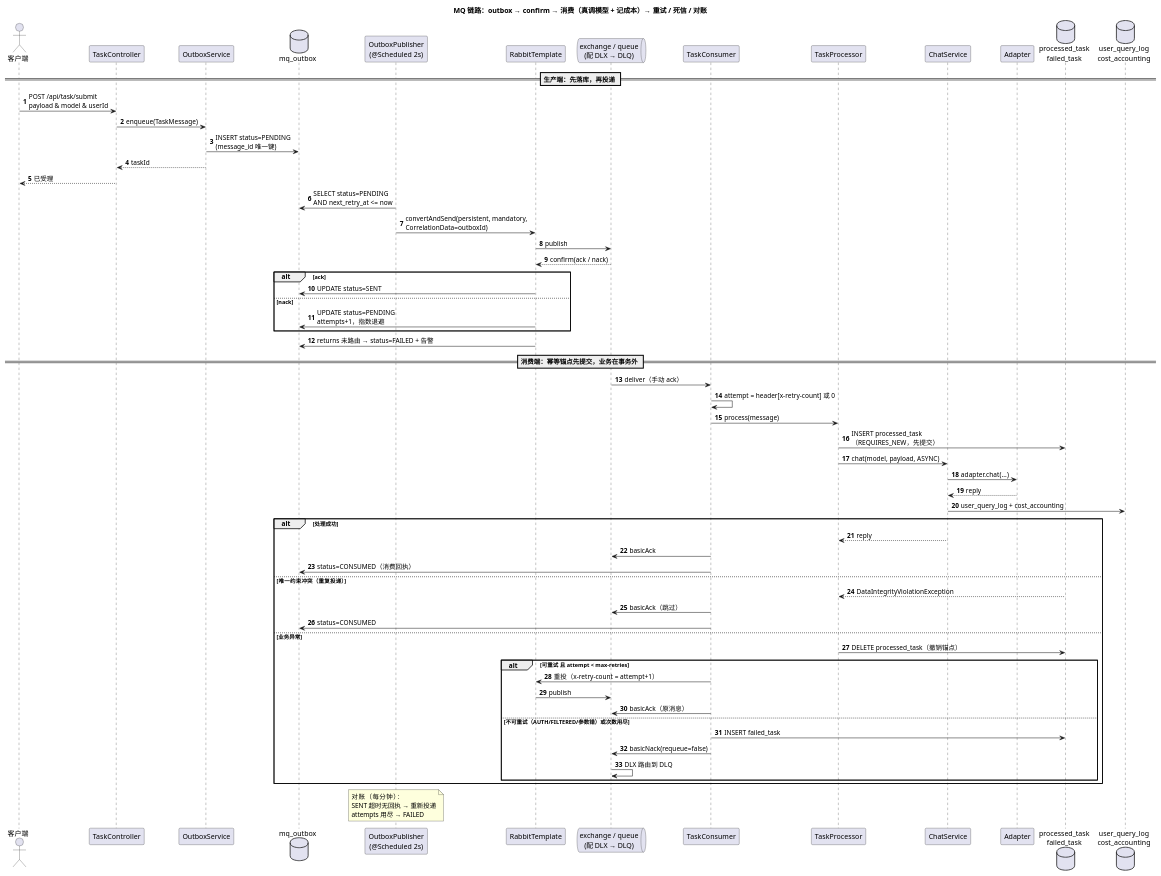
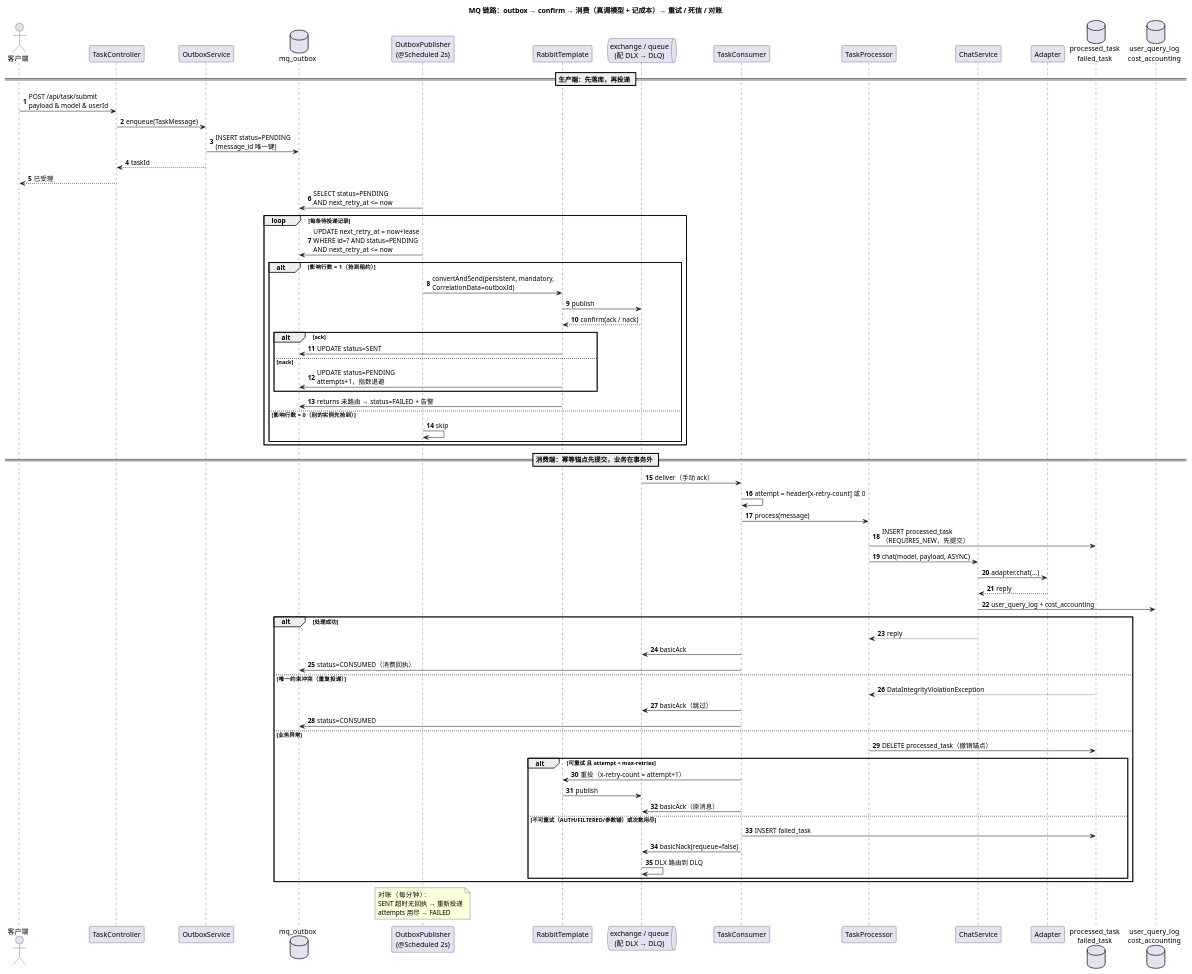
Before and after one commit to qkainan/maibao-technology-application: the diagram in docs/diagrams/mq-sequence.puml, drawn with PlantUML. The commit also changed 8 other files, not shown here.

First line of the commit message:
feat(outbox): 发送前用 next_retry_at 做租约 CAS 抢占

```diff
--- a/docs/diagrams/mq-sequence.puml
+++ b/docs/diagrams/mq-sequence.puml
@@ -1,73 +1,80 @@
 @startuml mq-sequence
 title MQ 链路：outbox → confirm → 消费（真调模型 + 记成本）→ 重试 / 死信 / 对账
 skinparam defaultFontName "Microsoft YaHei"
 skinparam shadowing false
 skinparam sequenceMessageAlign left
 skinparam responseMessageBelowArrow true
 autonumber
 
 actor 客户端
 participant "TaskController" as TC
 participant "OutboxService" as OS
 database "mq_outbox" as OB
 participant "OutboxPublisher\n(@Scheduled 2s)" as OP
 participant "RabbitTemplate" as RT
 queue "exchange / queue\n(配 DLX → DLQ)" as MQ
 participant "TaskConsumer" as CS
 participant "TaskProcessor" as TP
 participant "ChatService" as CHAT
 participant "Adapter" as AD
 database "processed_task\nfailed_task" as DB
 database "user_query_log\ncost_accounting" as USAGE
 
 == 生产端：先落库，再投递 ==
 客户端 -> TC : POST /api/task/submit\npayload & model & userId
 TC -> OS : enqueue(TaskMessage)
 OS -> OB : INSERT status=PENDING\n(message_id 唯一键)
 OS --> TC : taskId
 TC --> 客户端 : 已受理
 
 OP -> OB : SELECT status=PENDING\nAND next_retry_at <= now
-OP -> RT : convertAndSend(persistent, mandatory,\nCorrelationData=outboxId)
-RT -> MQ : publish
-MQ --> RT : confirm(ack / nack)
-alt ack
-  RT -> OB : UPDATE status=SENT
-else nack
-  RT -> OB : UPDATE status=PENDING\nattempts+1，指数退避
+loop 每条待投递记录
+  OP -> OB : UPDATE next_retry_at = now+lease\nWHERE id=? AND status=PENDING\nAND next_retry_at <= now
+  alt 影响行数 = 1（抢到租约）
+    OP -> RT : convertAndSend(persistent, mandatory,\nCorrelationData=outboxId)
+    RT -> MQ : publish
+    MQ --> RT : confirm(ack / nack)
+    alt ack
+      RT -> OB : UPDATE status=SENT
+    else nack
+      RT -> OB : UPDATE status=PENDING\nattempts+1，指数退避
+    end
+    RT -> OB : returns 未路由 → status=FAILED + 告警
+  else 影响行数 = 0（别的实例先抢到）
+    OP -> OP : skip
+  end
 end
-RT -> OB : returns 未路由 → status=FAILED + 告警
 
 == 消费端：幂等锚点先提交，业务在事务外 ==
 MQ -> CS : deliver（手动 ack）
 CS -> CS : attempt = header[x-retry-count] 或 0
 CS -> TP : process(message)
 TP -> DB : INSERT processed_task\n（REQUIRES_NEW，先提交）
 TP -> CHAT : chat(model, payload, ASYNC)
 CHAT -> AD : adapter.chat(...)
 AD --> CHAT : reply
 CHAT -> USAGE : user_query_log + cost_accounting
 
 alt 处理成功
   CHAT --> TP : reply
   CS -> MQ : basicAck
   CS -> OB : status=CONSUMED（消费回执）
 else 唯一约束冲突（重复投递）
   DB --> TP : DataIntegrityViolationException
   CS -> MQ : basicAck（跳过）
   CS -> OB : status=CONSUMED
 else 业务异常
   TP -> DB : DELETE processed_task（撤销锚点）
   alt 可重试 且 attempt < max-retries
     CS -> RT : 重投（x-retry-count = attempt+1）
     RT -> MQ : publish
     CS -> MQ : basicAck（原消息）
   else 不可重试（AUTH/FILTERED/参数错）或次数用尽
     CS -> DB : INSERT failed_task
     CS -> MQ : basicNack(requeue=false)
     MQ -> MQ : DLX 路由到 DLQ
   end
 end
 
 note over OP : 对账（每分钟）：\nSENT 超时无回执 → 重新投递\nattempts 用尽 → FAILED
 @enduml
```
